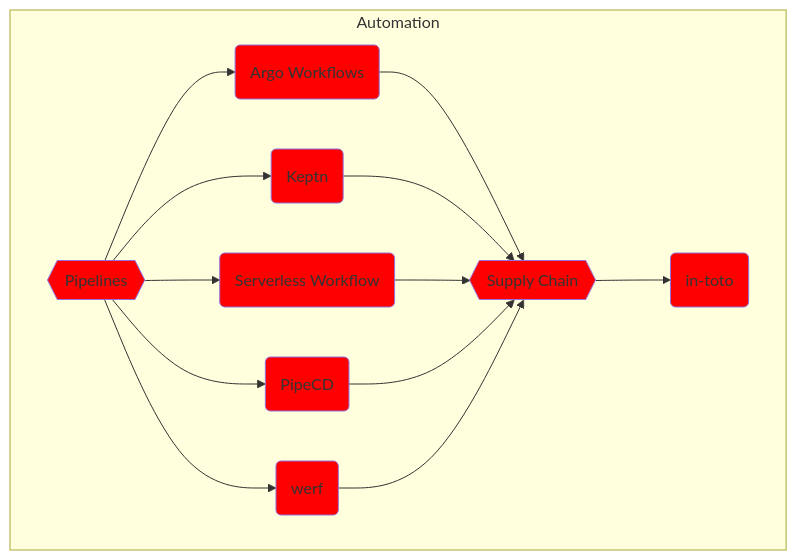
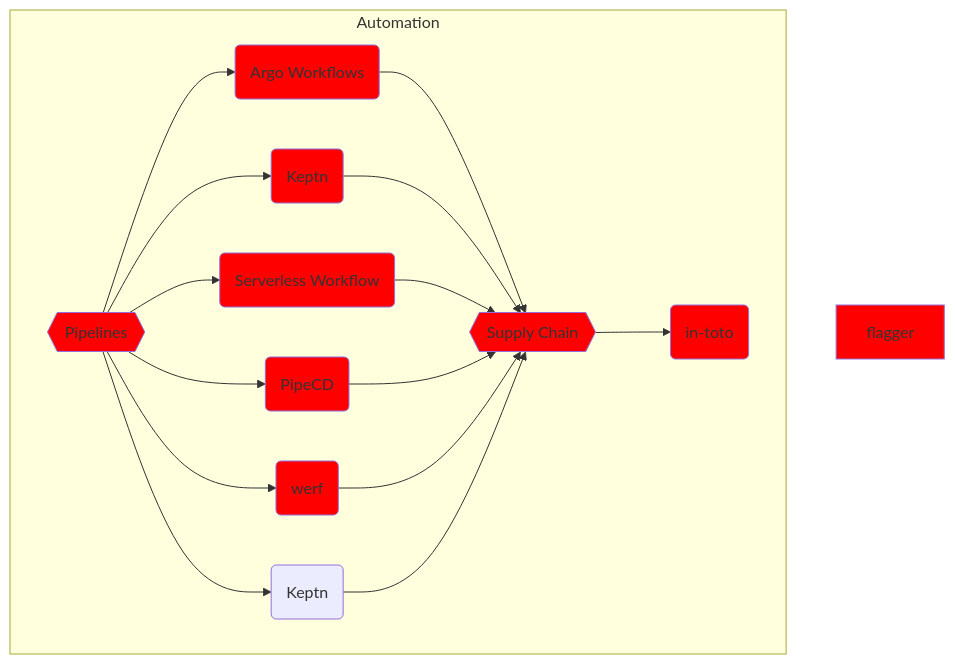
One commit to vfarcic/cncf-demo changed the seventh of 11 diagrams in solution.md. Above: the diagram before and after it, drawn with Mermaid. The commit also changed other lines of this file and 7 other files, not shown here.

````diff
--- a/solution.md
+++ b/solution.md
@@ -800,33 +822,35 @@
 ```mermaid
 flowchart TD
 
     subgraph Automation
 
         %% ---------------
         %% -- Pipelines --
         %% ---------------
         pipelines{{Pipelines}}
         style pipelines fill:red
         pipelines-argo-workflows(Argo Workflows)
         style pipelines-argo-workflows fill:red
         pipelines-keptn(Keptn)
         style pipelines-keptn fill:red
         pipelines-serverless-workflow(Serverless Workflow)
         style pipelines-serverless-workflow fill:red
         pipecd(PipeCD)
         style pipecd fill:red
         werf(werf)
         style werf fill:red
-        pipelines --> pipelines-argo-workflows & pipelines-keptn & pipelines-serverless-workflow & pipecd & werf --> supply-chain
+        keptn(Keptn)
+        style flagger fill:red
+        pipelines --> pipelines-argo-workflows & pipelines-keptn & pipelines-serverless-workflow & pipecd & werf & keptn --> supply-chain
 
         %% ------------------
         %% -- Supply Chain --
         %% ------------------
         supply-chain{{Supply Chain}}
         style supply-chain fill:red
         supply-chain-in-toto(in-toto)
         style supply-chain-in-toto fill:red
         supply-chain --> supply-chain-in-toto
 
     end
 ```
````
